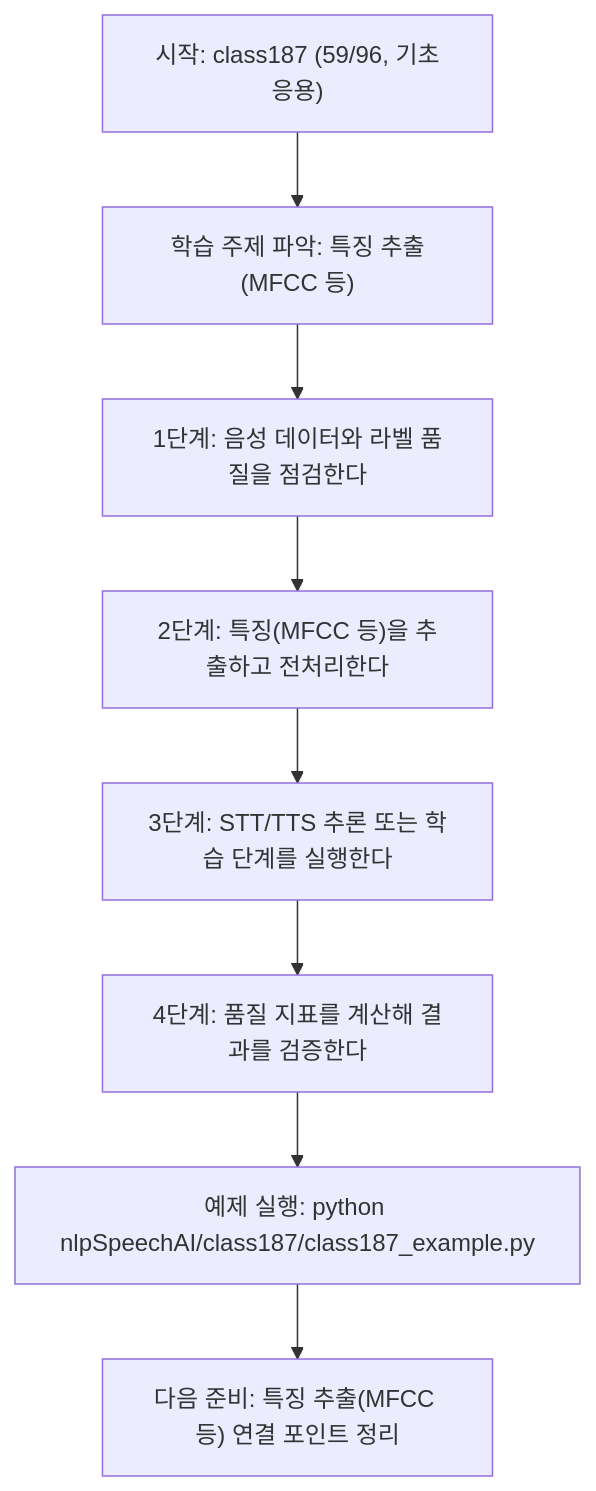
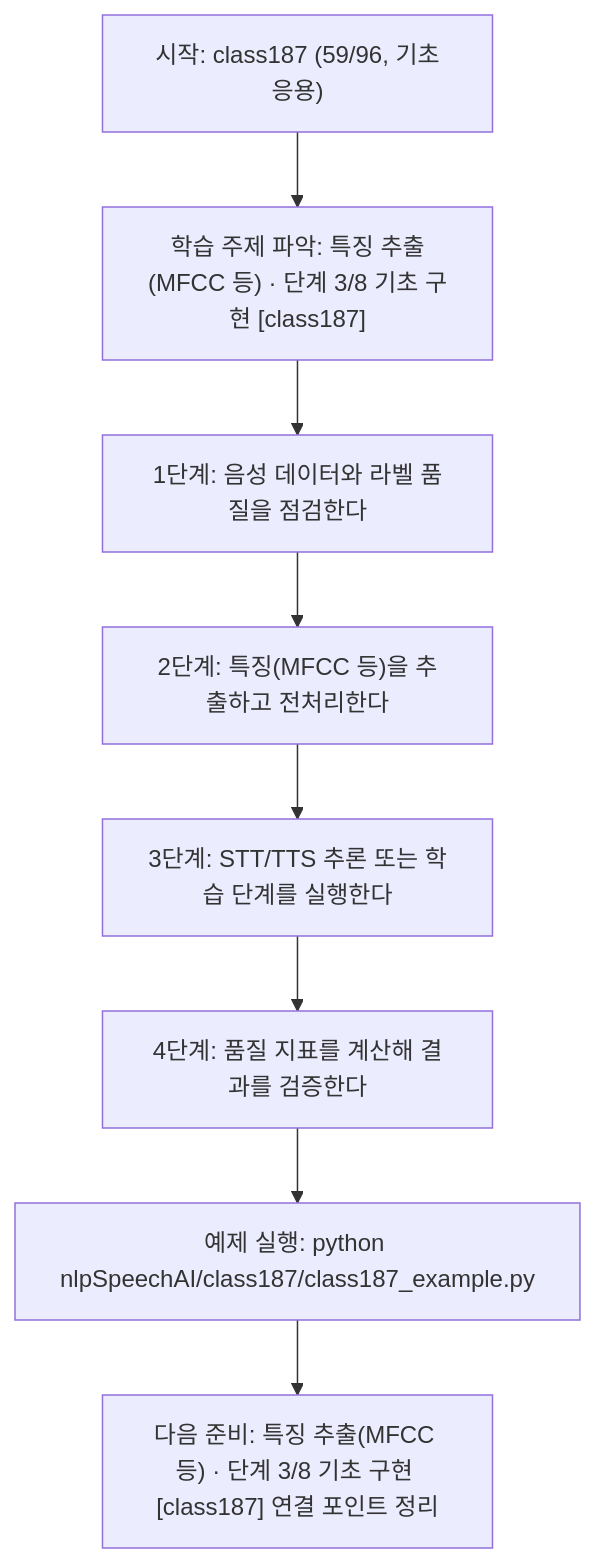
Before and after one commit to edumgt/Python-AI_Agent-Class: the diagram in nlpSpeechAI/class187/class187.md, drawn with Mermaid. The commit also changed other lines of this file and 522 other files, not shown here.

````diff
--- a/nlpSpeechAI/class187/class187.md
+++ b/nlpSpeechAI/class187/class187.md
@@ -113,18 +114,18 @@
 ```mermaid
 flowchart TD
 N1["시작: class187 (59/96, 기초응용)"]
-N2["학습 주제 파악: 특징 추출(MFCC 등)"]
+N2["학습 주제 파악: 특징 추출(MFCC 등) · 단계 3/8 기초 구현 [class187]"]
 N3["1단계: 음성 데이터와 라벨 품질을 점검한다"]
 N4["2단계: 특징(MFCC 등)을 추출하고 전처리한다"]
 N5["3단계: STT/TTS 추론 또는 학습 단계를 실행한다"]
 N6["4단계: 품질 지표를 계산해 결과를 검증한다"]
 N7["예제 실행: python nlpSpeechAI/class187/class187_example.py"]
-N8["다음 준비: 특징 추출(MFCC 등) 연결 포인트 정리"]
+N8["다음 준비: 특징 추출(MFCC 등) · 단계 3/8 기초 구현 [class187] 연결 포인트 정리"]
 N1 --> N2
 N2 --> N3
 N3 --> N4
 N4 --> N5
 N5 --> N6
 N6 --> N7
 N7 --> N8
 ```
````
